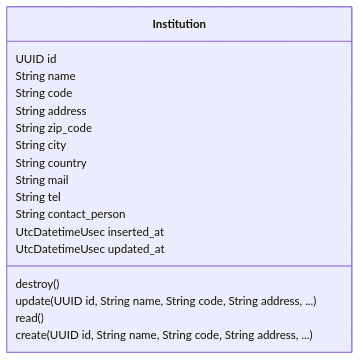
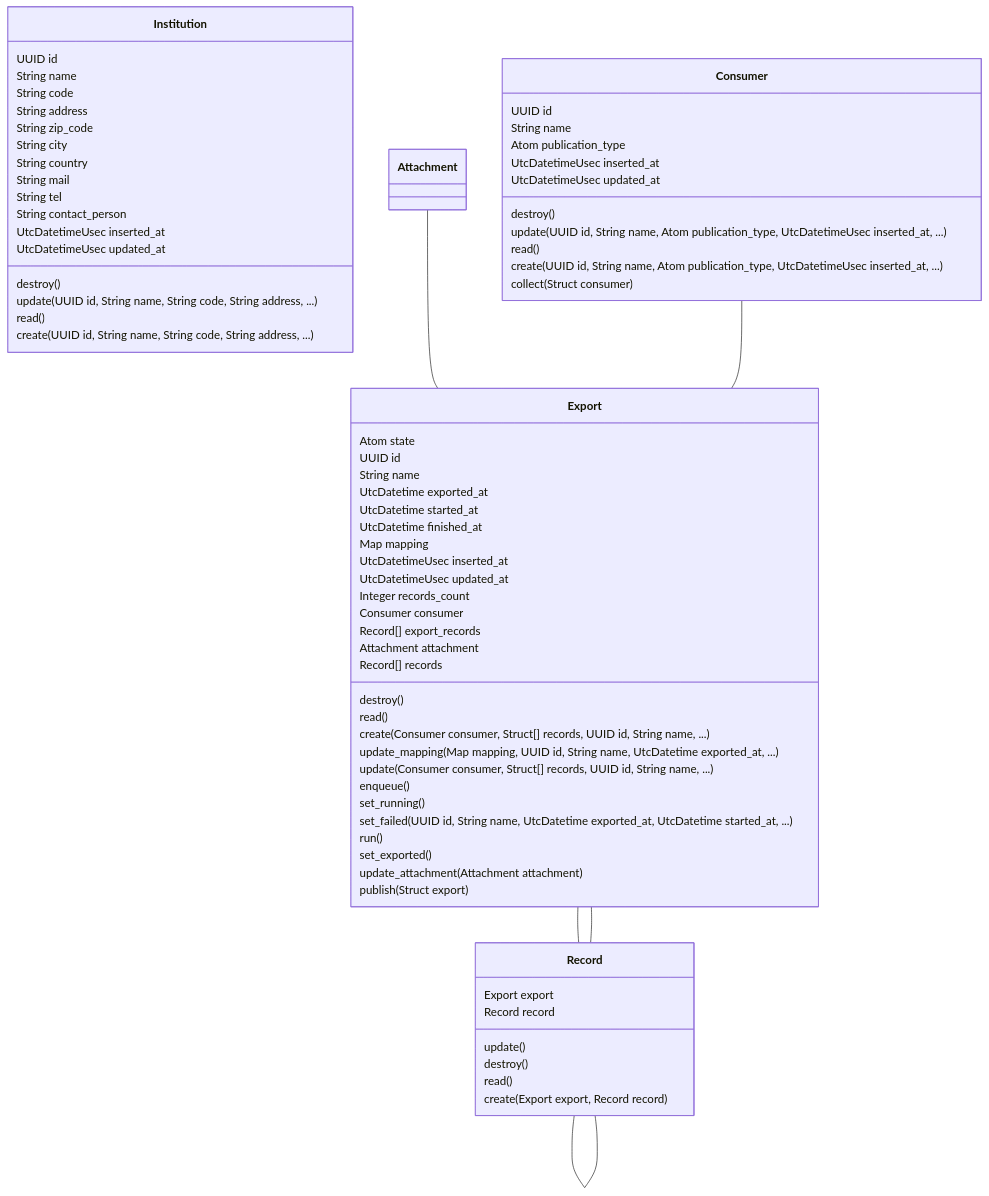
One commit to zebbra/data_aggregator changed the diagram in lib/data_aggregator/platform/platform-mermaid-class-diagram.md. Above: the diagram before and after it, drawn with Mermaid. The commit also changed 7 other files, not shown here.

````diff
--- a/lib/data_aggregator/platform/platform-mermaid-class-diagram.md
+++ b/lib/data_aggregator/platform/platform-mermaid-class-diagram.md
@@ -1,24 +1,76 @@
 ```mermaid
 classDiagram
     class Institution {
         UUID id
         String name
         String code
         String address
         String zip_code
         String city
         String country
         String mail
         String tel
         String contact_person
         UtcDatetimeUsec inserted_at
         UtcDatetimeUsec updated_at
         destroy()
         update(UUID id, String name, String code, String address, ...)
         read()
         create(UUID id, String name, String code, String address, ...)
     }
+    class Consumer {
+        UUID id
+        String name
+        Atom publication_type
+        UtcDatetimeUsec inserted_at
+        UtcDatetimeUsec updated_at
+        destroy()
+        update(UUID id, String name, Atom publication_type, UtcDatetimeUsec inserted_at, ...)
+        read()
+        create(UUID id, String name, Atom publication_type, UtcDatetimeUsec inserted_at, ...)
+        collect(Struct consumer)
+    }
+    class Export {
+        Atom state
+        UUID id
+        String name
+        UtcDatetime exported_at
+        UtcDatetime started_at
+        UtcDatetime finished_at
+        Map mapping
+        UtcDatetimeUsec inserted_at
+        UtcDatetimeUsec updated_at
+        Integer records_count
+        Consumer consumer
+        Record[] export_records
+        Attachment attachment
+        Record[] records
+        destroy()
+        read()
+        create(Consumer consumer, Struct[] records, UUID id, String name, ...)
+        update_mapping(Map mapping, UUID id, String name, UtcDatetime exported_at, ...)
+        update(Consumer consumer, Struct[] records, UUID id, String name, ...)
+        enqueue()
+        set_running()
+        set_failed(UUID id, String name, UtcDatetime exported_at, UtcDatetime started_at, ...)
+        run()
+        set_exported()
+        update_attachment(Attachment attachment)
+        publish(Struct export)
+    }
+    class Record {
+        Export export
+        Record record
+        update()
+        destroy()
+        read()
+        create(Export export, Record record)
+    }
 
-
+    Attachment -- Export
+    Consumer -- Export
+    Export -- Record
+    Export -- Record
+    Record -- Record
 
 ```
````
